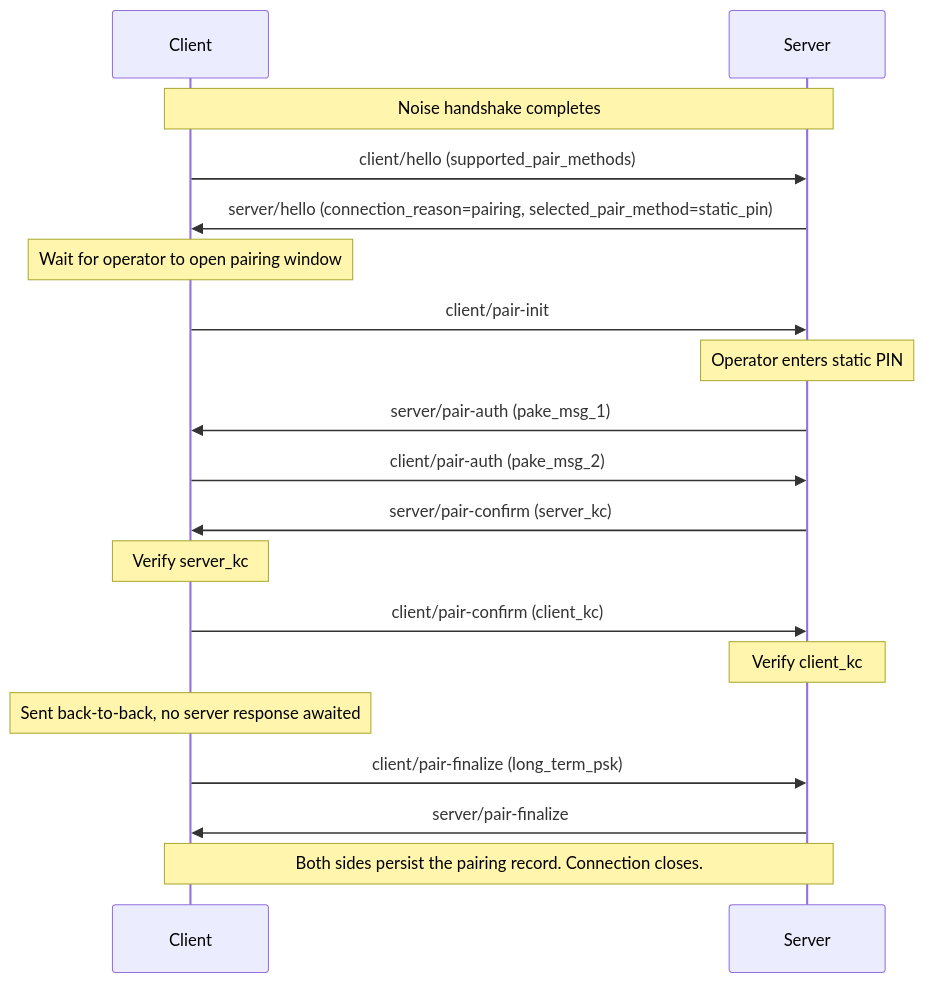
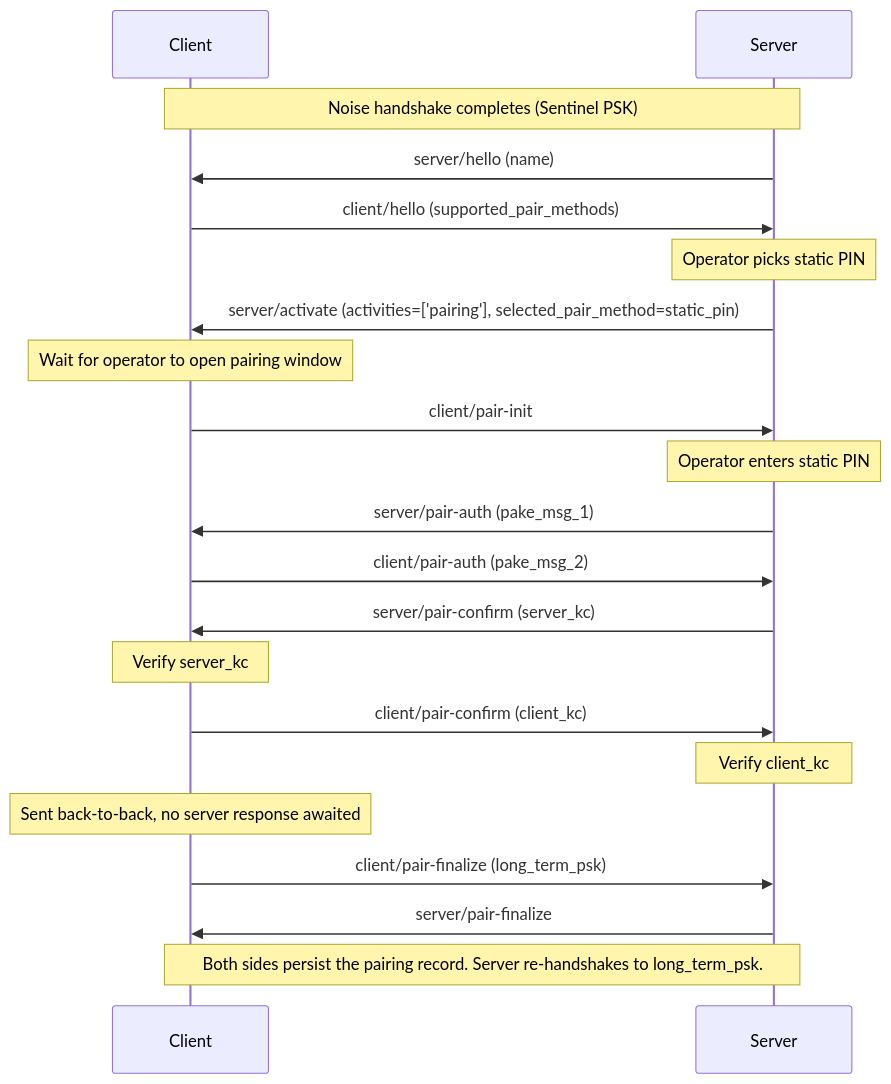
Before and after one commit to Resonate-Protocol/spec: the fourth of 4 diagrams in README.md, drawn with Mermaid. The commit also changed other lines of this file, not shown here.

````diff
--- a/README.md
+++ b/README.md
@@ -726,23 +746,25 @@
 ```mermaid
 sequenceDiagram
     participant Client
     participant Server
 
-    Note over Client,Server: Noise handshake completes
+    Note over Client,Server: Noise handshake completes (Sentinel PSK)
 
+    Server->>Client: server/hello (name)
     Client->>Server: client/hello (supported_pair_methods)
-    Server->>Client: server/hello (connection_reason=pairing, selected_pair_method=static_pin)
+    Note over Server: Operator picks static PIN
+    Server->>Client: server/activate (activities=['pairing'], selected_pair_method=static_pin)
     Note over Client: Wait for operator to open pairing window
     Client->>Server: client/pair-init
     Note over Server: Operator enters static PIN
     Server->>Client: server/pair-auth (pake_msg_1)
     Client->>Server: client/pair-auth (pake_msg_2)
     Server->>Client: server/pair-confirm (server_kc)
     Note over Client: Verify server_kc
     Client->>Server: client/pair-confirm (client_kc)
     Note over Server: Verify client_kc
     Note over Client: Sent back-to-back, no server response awaited
     Client->>Server: client/pair-finalize (long_term_psk)
     Server->>Client: server/pair-finalize
-    Note over Client,Server: Both sides persist the pairing record. Connection closes.
+    Note over Client,Server: Both sides persist the pairing record. Server re-handshakes to long_term_psk.
 ```
````
